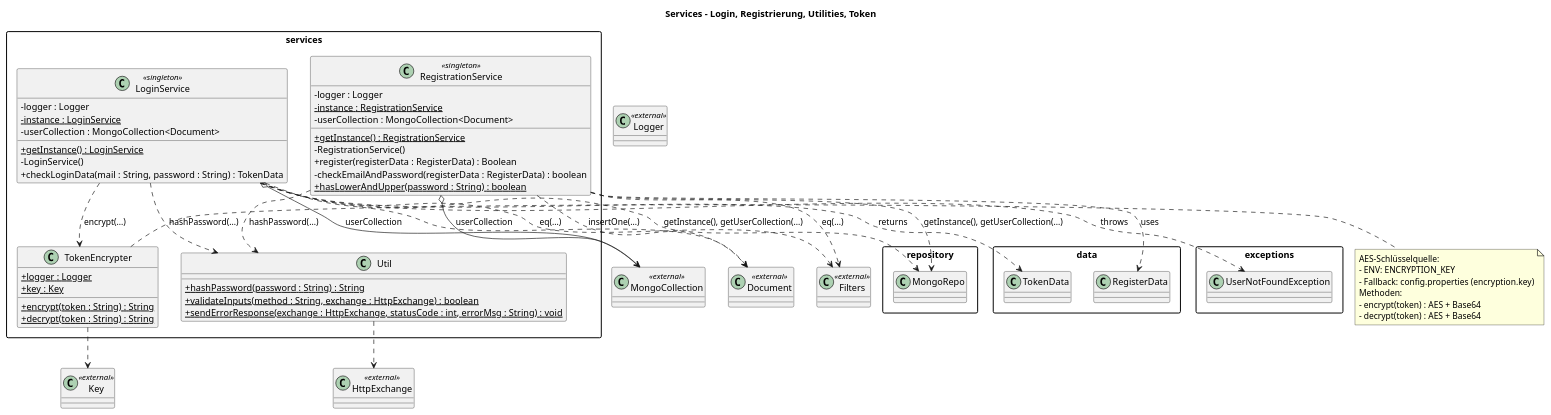
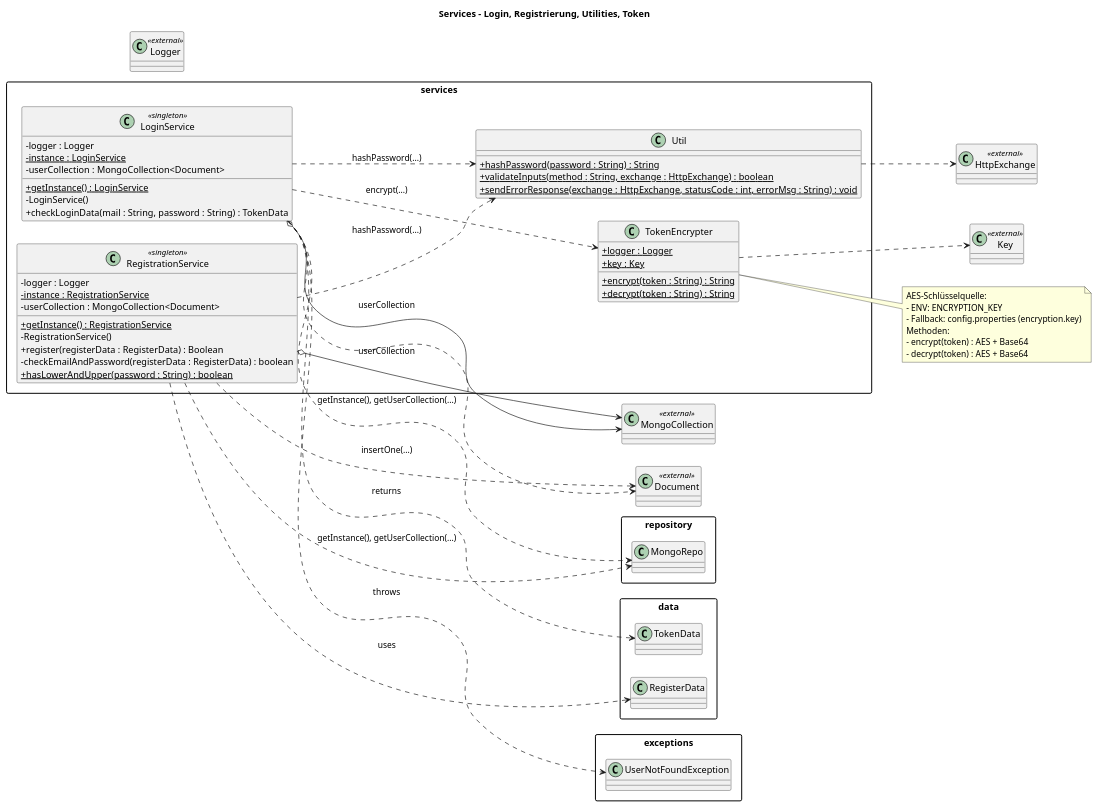
The diagram in backend/src/main/resources/documentation/plantUML/04_services.puml (Princeps119/Princeps119-BFK_J3_Snake), drawn with PlantUML before and after one commit. The commit also changed 1 other file, not shown here.

Commit message:
Robin - uml diagramms

```diff
--- a/backend/src/main/resources/documentation/plantUML/04_services.puml
+++ b/backend/src/main/resources/documentation/plantUML/04_services.puml
@@ -2,76 +2,74 @@
 @startuml
 title Services – Login, Registrierung, Utilities, Token
-
+left to right direction
 skinparam classAttributeIconSize 0
 skinparam packageStyle rectangle
 
+' External stubs
 class HttpExchange <<external>>
 class Key <<external>>
 class MongoCollection <<external>>
 class Document <<external>>
-class Filters <<external>>
 class Logger <<external>>
 
 package "services" {
   class LoginService <<singleton>> {
     - logger : Logger
     - {static} instance : LoginService
     - userCollection : MongoCollection<Document>
     + {static} getInstance() : LoginService
     - LoginService()
     + checkLoginData(mail : String, password : String) : TokenData
   }
 
   class RegistrationService <<singleton>> {
     - logger : Logger
     - {static} instance : RegistrationService
     - userCollection : MongoCollection<Document>
     + {static} getInstance() : RegistrationService
     - RegistrationService()
     + register(registerData : RegisterData) : Boolean
     - checkEmailAndPassword(registerData : RegisterData) : boolean
     + {static} hasLowerAndUpper(password : String) : boolean
   }
 
   class Util {
     + {static} hashPassword(password : String) : String
     + {static} validateInputs(method : String, exchange : HttpExchange) : boolean
     + {static} sendErrorResponse(exchange : HttpExchange, statusCode : int, errorMsg : String) : void
   }
 
   class TokenEncrypter {
     + {static} logger : Logger
     + {static} key : Key
     + {static} encrypt(token : String) : String
     + {static} decrypt(token : String) : String
   }
 }
 
 LoginService ..> repository.MongoRepo : getInstance(), getUserCollection(...)
 LoginService o--> MongoCollection : userCollection
 LoginService ..> Document
-LoginService ..> Filters : eq(...)
 LoginService ..> services.Util : hashPassword(...)
 LoginService ..> services.TokenEncrypter : encrypt(...)
 LoginService ..> data.TokenData : returns
 LoginService ..> exceptions.UserNotFoundException : throws
 
 RegistrationService ..> repository.MongoRepo : getInstance(), getUserCollection(...)
 RegistrationService o--> MongoCollection : userCollection
 RegistrationService ..> Document : insertOne(...)
-RegistrationService ..> Filters : eq(...)
 RegistrationService ..> services.Util : hashPassword(...)
 RegistrationService ..> data.RegisterData : uses
 
 Util ..> HttpExchange
 TokenEncrypter ..> Key
 
 note right of TokenEncrypter
 AES-Schlüsselquelle:
 - ENV: ENCRYPTION_KEY
 - Fallback: config.properties (encryption.key)
 Methoden:
 - encrypt(token) : AES + Base64
 - decrypt(token) : AES + Base64
 end note
 @enduml
```
